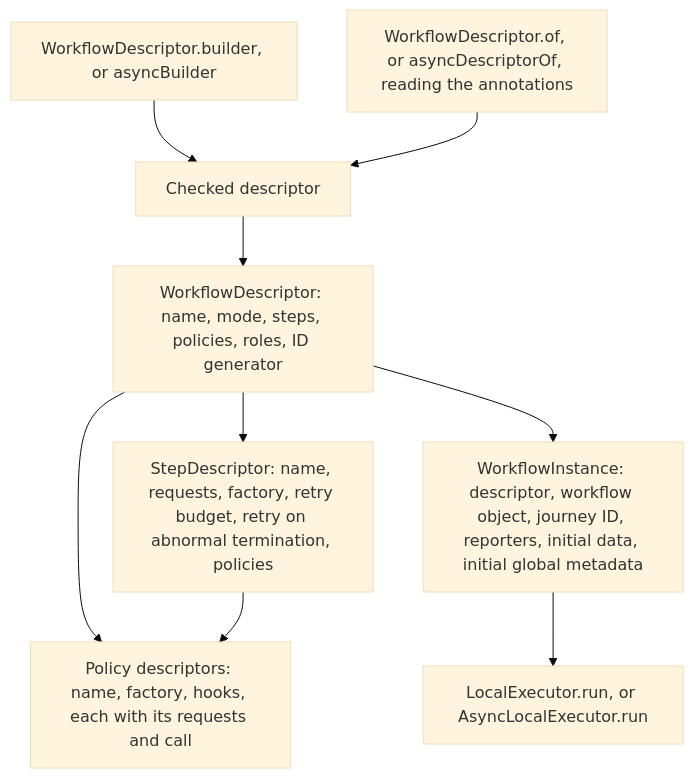
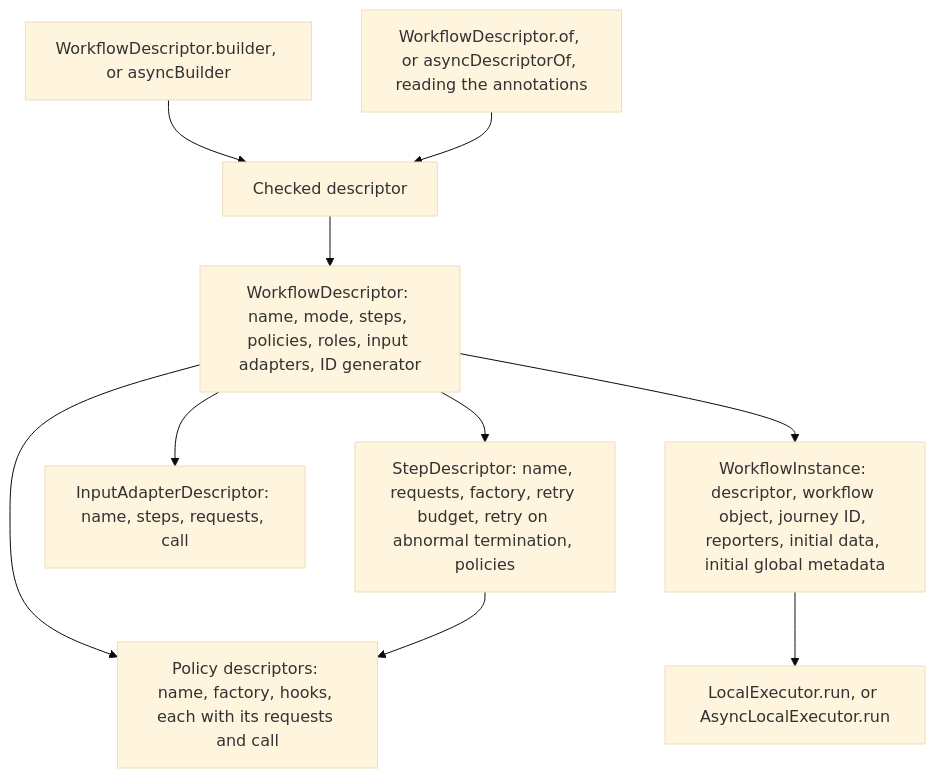
Before and after one commit to itinera-dev/itinera-j: the second of 4 diagrams in docs/architecture.md, drawn with Mermaid (base theme). The commit also changed other lines of this file and 50 other files, not shown here.

````diff
--- a/docs/architecture.md
+++ b/docs/architecture.md
@@ -46,13 +46,14 @@
 ```mermaid
 flowchart TD
     accTitle: What a workflow descriptor and an instance hold
-    accDescr: A workflow descriptor holds its name, its mode, its step descriptors in order, its workflow policies in order, the roles it provides and its journey ID generator. A step descriptor holds the step's name, its requests in order, its factory, its retry budget, whether it retries an abnormal termination and its step policies in order. Its factory reads each request's answer from the Got it is given. A policy descriptor holds the policy's name, its factory and each hook it defines, with the hook's requests in order and its call. The builder of each mode, and the annotation reader of each mode through the same checks, make a checked descriptor. An instance holds the descriptor beside the workflow object, its journey ID, its reporters, its initial data and its initial global metadata. The executor of the instance's mode, LocalExecutor or AsyncLocalExecutor, runs it.
+    accDescr: A workflow descriptor holds its name, its mode, its step descriptors in order, its workflow policies in order, the roles it provides, its input adapters and its journey ID generator. A step descriptor holds the step's name, its requests in order, its factory, its retry budget, whether it retries an abnormal termination and its step policies in order. Its factory reads each request's answer from the Got it is given. A policy descriptor holds the policy's name, its factory and each hook it defines, with the hook's requests in order and its call. An input adapter descriptor holds the adapter's name, the steps it is attached to, its requests in order and its call. The builder of each mode, and the annotation reader of each mode through the same checks, make a checked descriptor. An instance holds the descriptor beside the workflow object, its journey ID, its reporters, its initial data and its initial global metadata. The executor of the instance's mode, LocalExecutor or AsyncLocalExecutor, runs it.
     builder["WorkflowDescriptor.builder, or asyncBuilder"] --> checked["Checked descriptor"]
     annotated["WorkflowDescriptor.of, or asyncDescriptorOf, reading the annotations"] --> checked
-    checked --> descriptor["WorkflowDescriptor: name, mode, steps, policies, roles, ID generator"]
+    checked --> descriptor["WorkflowDescriptor: name, mode, steps, policies, roles, input adapters, ID generator"]
     descriptor --> step["StepDescriptor: name, requests, factory, retry budget, retry on abnormal termination, policies"]
     descriptor --> policy["Policy descriptors: name, factory, hooks, each with its requests and call"]
     step --> policy
+    descriptor --> adapter["InputAdapterDescriptor: name, steps, requests, call"]
     descriptor --> instance["WorkflowInstance: descriptor, workflow object, journey ID, reporters, initial data, initial global metadata"]
     instance --> executor["LocalExecutor.run, or AsyncLocalExecutor.run"]
 ```
````
